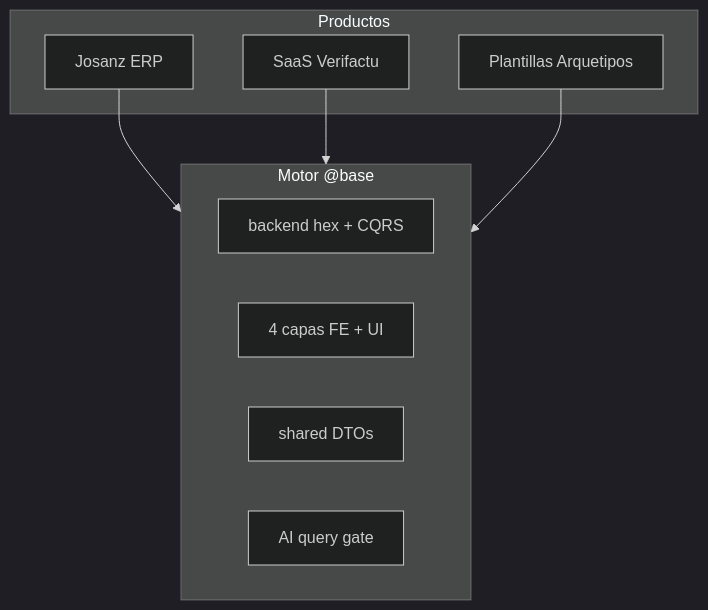
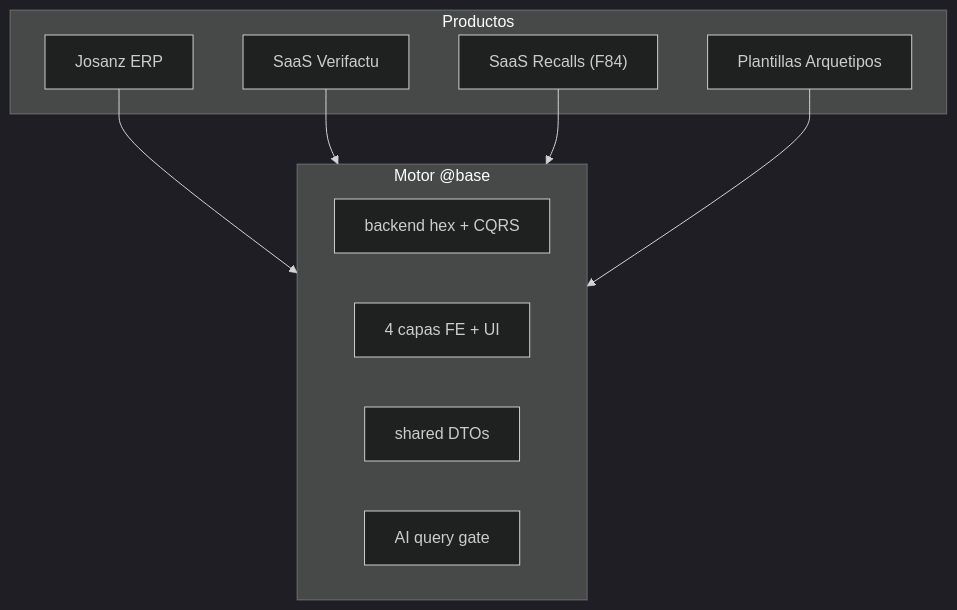
One commit to angelnietos/babooni-docs changed the first of 4 diagrams in architecture/overview.md. Above: the diagram before and after it, drawn with Mermaid (dark theme). The commit also changed 21 other files, not shown here.

````diff
--- a/architecture/overview.md
+++ b/architecture/overview.md
@@ -43,17 +43,19 @@
 ```mermaid
 flowchart TB
   subgraph engine ["Motor @base"]
     BE["backend hex + CQRS"]
     FE["4 capas FE + UI"]
     SH["shared DTOs"]
     AI["AI query gate"]
   end
   subgraph products ["Productos"]
     J["Josanz ERP"]
     S["SaaS Verifactu"]
+    R["SaaS Recalls (F84)"]
     T["Plantillas Arquetipos"]
   end
   J --> engine
   S --> engine
+  R --> engine
   T --> engine
 ```
````
